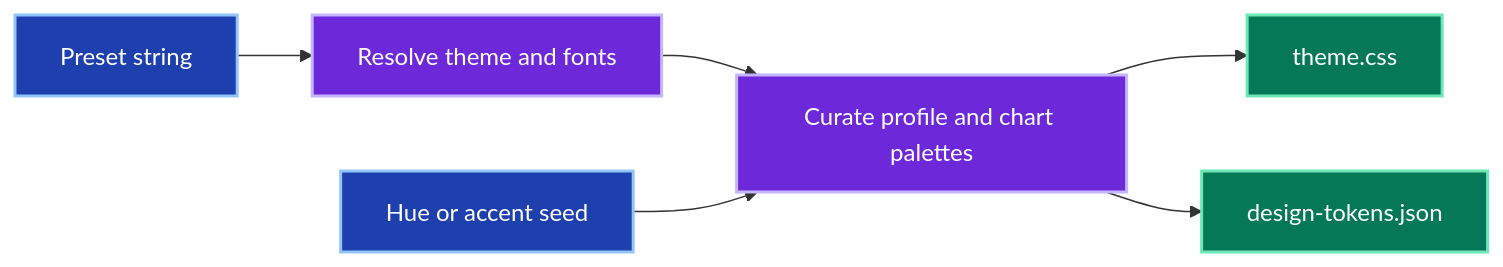
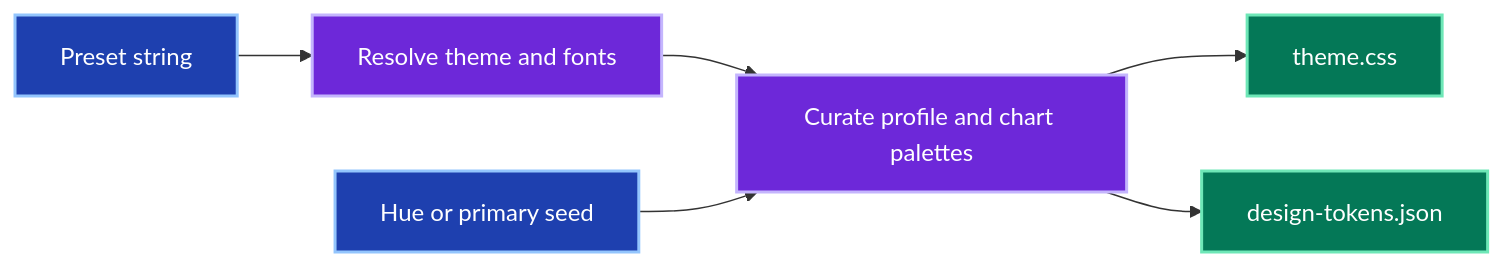
The first of 2 diagrams in plugins/jpai-essentials/skills/design-profiles/README.md (jpeakai/skills), drawn with Mermaid before and after one commit. The commit also changed other lines of this file and 105 other files, not shown here.

````diff
--- a/plugins/jpai-essentials/skills/design-profiles/README.md
+++ b/plugins/jpai-essentials/skills/design-profiles/README.md
@@ -14,11 +14,11 @@
 ```mermaid
 flowchart LR
     P["Preset string"]:::input --> R["Resolve theme and fonts"]:::process
     R --> C["Curate profile and chart palettes"]:::process
-    H["Hue or accent seed"]:::input --> C
+    H["Hue or primary seed"]:::input --> C
     C --> CSS["theme.css"]:::output
     C --> T["design-tokens.json"]:::output
     classDef input fill:#1e40af,stroke:#93c5fd,color:#fff,stroke-width:2px
     classDef process fill:#6d28d9,stroke:#c4b5fd,color:#fff,stroke-width:2px
     classDef output fill:#047857,stroke:#6ee7b7,color:#fff,stroke-width:2px
 ```
````
